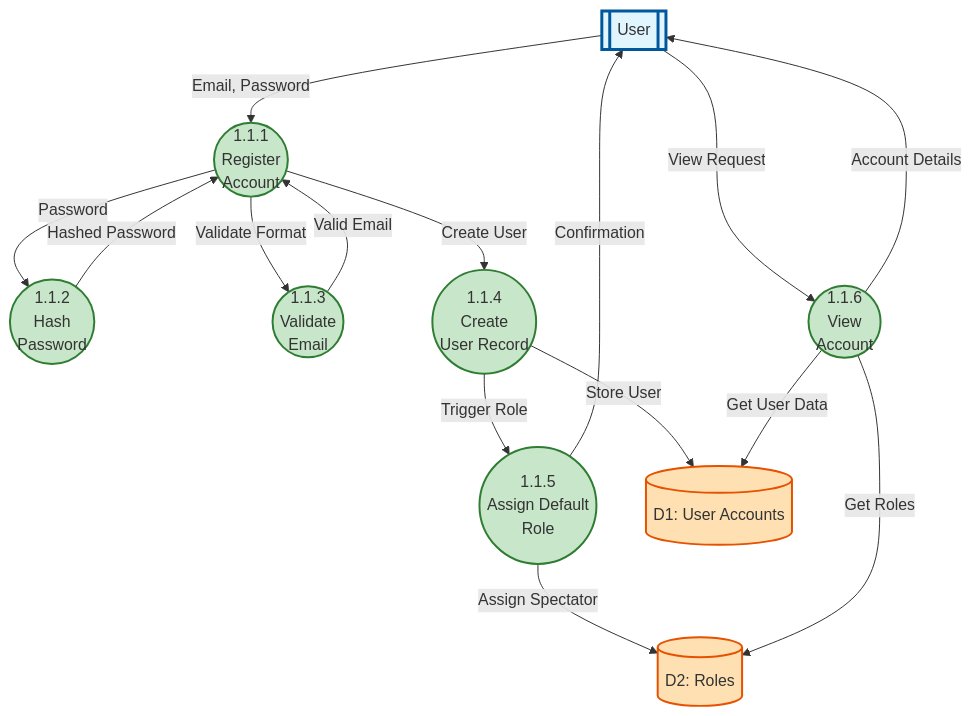
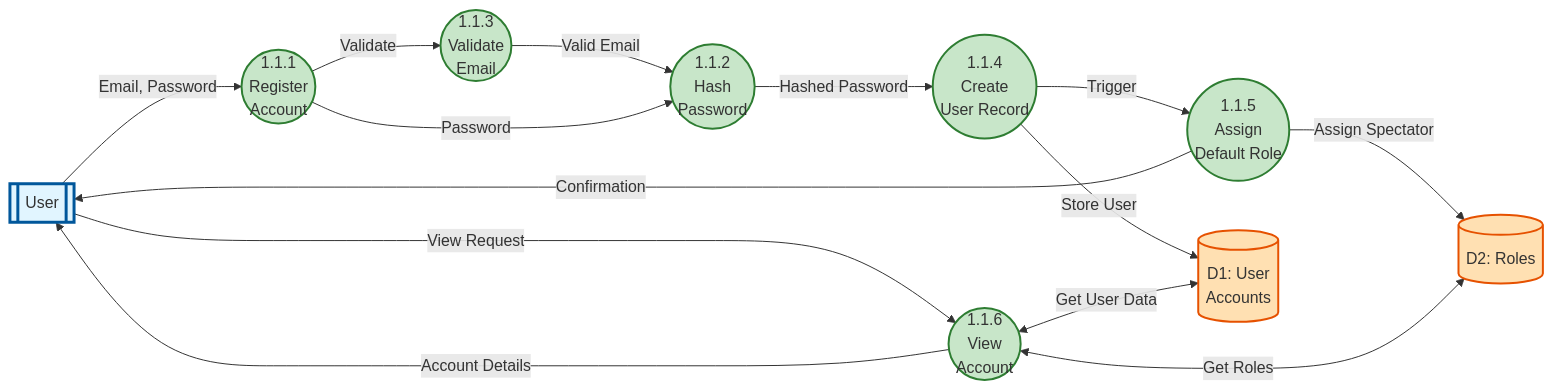
One commit to RachitKumar205/swe changed the diagram in DFD-L3-1-AccountManagement.mmd. Above: the diagram before and after it, drawn with Mermaid. The commit also changed 16 other files, not shown here.

Commit message:
fix: fix up diagrams a bit more

```diff
--- a/DFD-L3-1-AccountManagement.mmd
+++ b/DFD-L3-1-AccountManagement.mmd
@@ -1,36 +1,42 @@
-flowchart TB
+flowchart LR
+    %% Left
     User[["User"]]
 
+    %% Center - Registration Flow
     P111(("1.1.1<br/>Register<br/>Account"))
+    P113(("1.1.3<br/>Validate<br/>Email"))
     P112(("1.1.2<br/>Hash<br/>Password"))
-    P113(("1.1.3<br/>Validate<br/>Email"))
     P114(("1.1.4<br/>Create<br/>User Record"))
-    P115(("1.1.5<br/>Assign Default<br/>Role"))
+    P115(("1.1.5<br/>Assign<br/>Default Role"))
+
+    %% View Flow
     P116(("1.1.6<br/>View<br/>Account"))
 
-    D1[(D1: User Accounts)]
+    %% Data Stores
+    D1[(D1: User<br/>Accounts)]
     D2[(D2: Roles)]
 
+    %% Registration flows
     User -->|Email, Password| P111
-    P111 -->|Validate Format| P113
-    P113 -->|Valid Email| P111
+    P111 -->|Validate| P113
+    P113 -->|Valid Email| P112
     P111 -->|Password| P112
-    P112 -->|Hashed Password| P111
-    P111 -->|Create User| P114
+    P112 -->|Hashed Password| P114
     P114 -->|Store User| D1
-    P114 -->|Trigger Role| P115
+    P114 -->|Trigger| P115
     P115 -->|Assign Spectator| D2
     P115 -->|Confirmation| User
 
+    %% View flows
     User -->|View Request| P116
-    P116 -->|Get User Data| D1
-    P116 -->|Get Roles| D2
+    P116 <-->|Get User Data| D1
+    P116 <-->|Get Roles| D2
     P116 -->|Account Details| User
 
     classDef external fill:#e1f5ff,stroke:#01579b,stroke-width:3px
     classDef process fill:#c8e6c9,stroke:#2e7d32,stroke-width:2px
     classDef datastore fill:#ffe0b2,stroke:#e65100,stroke-width:2px
 
     class User external
     class P111,P112,P113,P114,P115,P116 process
     class D1,D2 datastore
```
